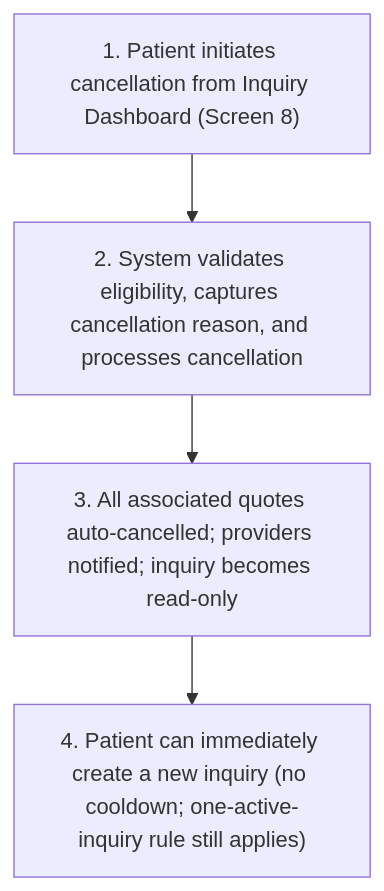
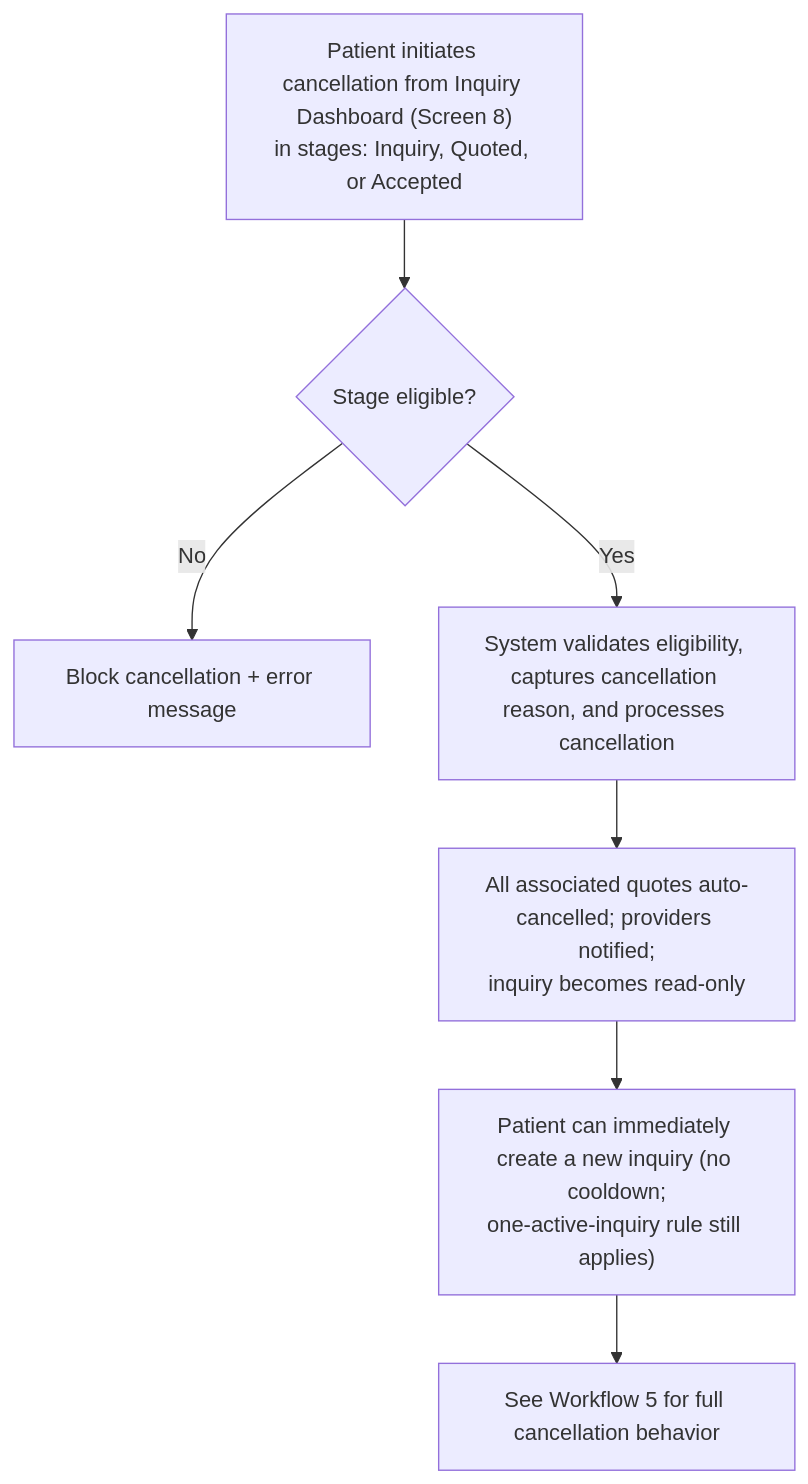
Before and after one commit to joachimtrungtuan/hairline-pm-docs: the fifth of 14 diagrams in project-requirements/functional-requirements/fr003-inquiry-submission/prd.md, drawn with Mermaid. The commit also changed other lines of this file and 12 other files, not shown here.

Commit message:
Update task automation scripts and update FR-003 flows into Mermaid format

````diff
--- a/project-requirements/functional-requirements/fr003-inquiry-submission/prd.md
+++ b/project-requirements/functional-requirements/fr003-inquiry-submission/prd.md
@@ -174,6 +166,9 @@
 ```mermaid
 flowchart TD
-  A4S1["1. Patient initiates cancellation from Inquiry Dashboard (Screen 8)"] --> A4S2["2. System validates eligibility, captures cancellation reason, and processes cancellation"]
-  A4S2 --> A4S3["3. All associated quotes auto-cancelled; providers notified; inquiry becomes read-only"]
-  A4S3 --> A4S4["4. Patient can immediately create a new inquiry (no cooldown; one-active-inquiry rule still applies)"]
+    Start["Patient initiates cancellation from Inquiry Dashboard (Screen 8)<br/>in stages: Inquiry, Quoted, or Accepted"] --> Eligible{"Stage eligible?"}
+    Eligible -->|No| Block["Block cancellation + error message"]
+    Eligible -->|Yes| Process["System validates eligibility, captures cancellation reason, and processes cancellation"]
+    Process --> Cascade["All associated quotes auto-cancelled; providers notified;<br/>inquiry becomes read-only"]
+    Cascade --> New["Patient can immediately create a new inquiry (no cooldown;<br/>one-active-inquiry rule still applies)"]
+    New --> Ref["See Workflow 5 for full cancellation behavior"]
 ```
````
